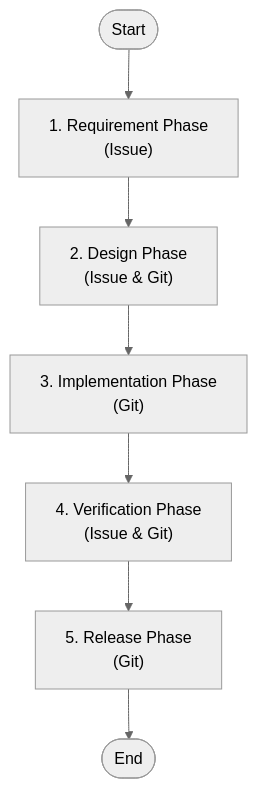
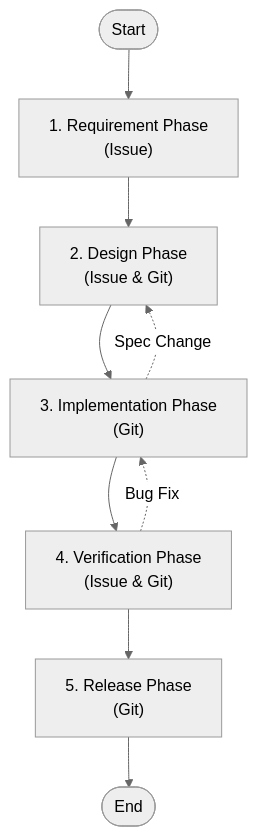
Before and after one commit to LongbowXXX/terraformer: the diagram in knowledge/workflow/workflow.md, drawn with Mermaid (neutral theme). The commit also changed other lines of this file and 2 other files, not shown here.

Commit message:
feat: Add user experience simulation workflow, report, and update design skill template with architectural review.

````diff
--- a/knowledge/workflow/workflow.md
+++ b/knowledge/workflow/workflow.md
@@ -16,10 +16,13 @@
 ```mermaid
 graph TD
     Start([Start]) --> Req
     Req["1. Requirement Phase<br/>(Issue)"] --> Design
     Design["2. Design Phase<br/>(Issue & Git)"] --> Impl
     Impl["3. Implementation Phase<br/>(Git)"] --> Verify
     Verify["4. Verification Phase<br/>(Issue & Git)"] --> Release
     Release["5. Release Phase<br/>(Git)"] --> End
+
+    Verify -.->|Bug Fix| Impl
+    Impl -.->|Spec Change| Design
     End([End])
 ```
````
